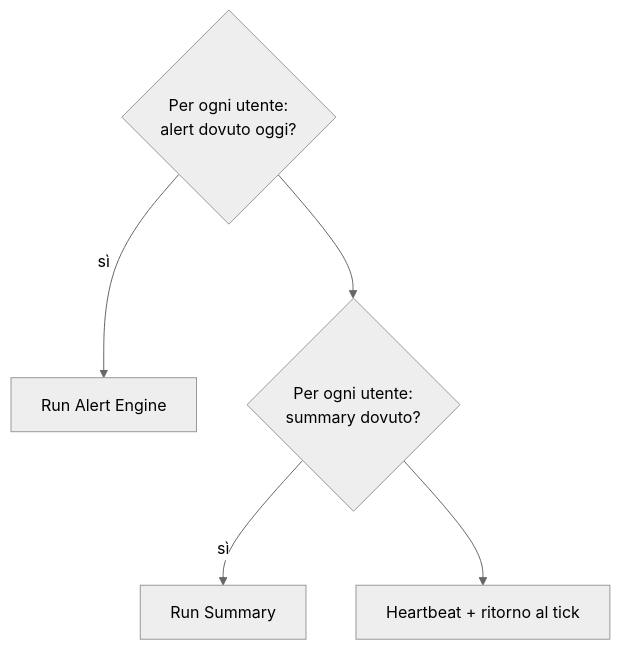
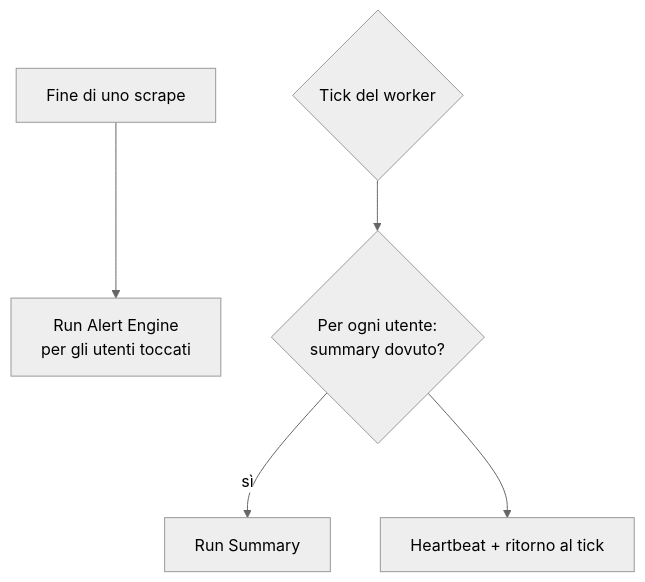
One commit to caporalesimone/watch-em-all changed the diagram in docs-ita/2-architecture/scheduling-and-execution.md. Above: the diagram before and after it, drawn with Mermaid (neutral theme). The commit also changed other lines of this file and 34 other files, not shown here.

````diff
--- a/docs-ita/2-architecture/scheduling-and-execution.md
+++ b/docs-ita/2-architecture/scheduling-and-execution.md
@@ -20,8 +22,7 @@
 ```mermaid
 flowchart TD
-    A{Per ogni utente:<br/>alert dovuto oggi?}
-    A -- sì --> AE[Run Alert Engine]
-    A --> SU{Per ogni utente:<br/>summary dovuto?}
+    SC[Fine di uno scrape] --> AE[Run Alert Engine<br/>per gli utenti toccati]
+    T{Tick del worker} --> SU{Per ogni utente:<br/>summary dovuto?}
     SU -- sì --> SM[Run Summary]
     SU --> HB[Heartbeat + ritorno al tick]
 ```
````
